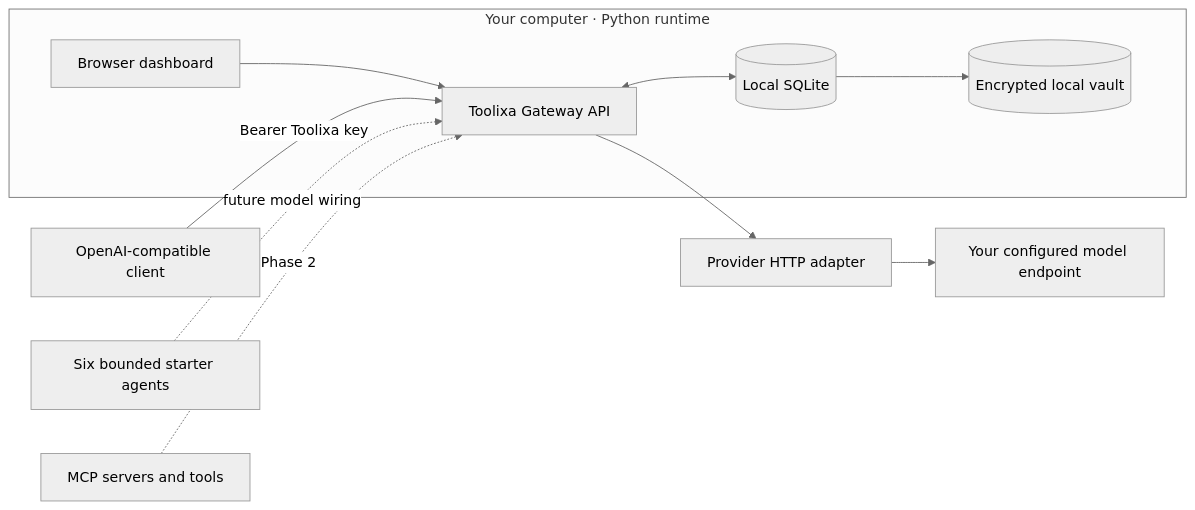
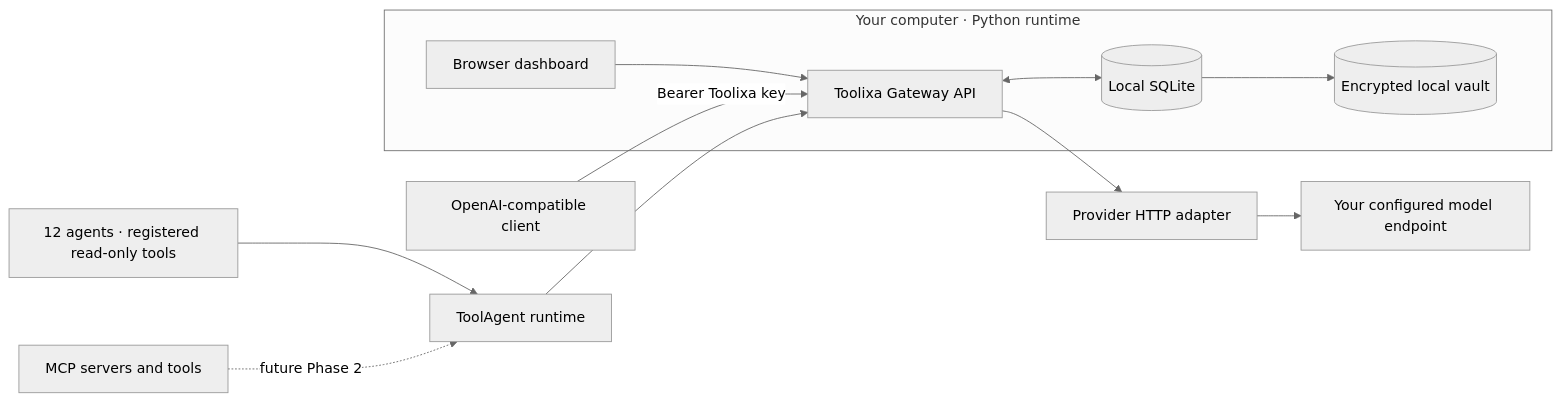
The diagram in README.md (tasnimamin38/toolixa-agents), drawn with Mermaid (neutral theme) before and after one commit. The commit also changed other lines of this file and 58 other files, not shown here.

Commit message:
feat: add bounded advanced agent runtime and six specialists

````diff
--- a/README.md
+++ b/README.md
@@ -110,19 +122,20 @@
 ```mermaid
 flowchart LR
     subgraph LOCAL["Your computer · Python runtime"]
       UI["Browser dashboard"]
       API["Toolixa Gateway API"]
       VAULT[("Encrypted local vault")]
       DB[("Local SQLite")]
       UI --> API
       API <--> DB
       DB --> VAULT
     end
 
     CLIENT["OpenAI-compatible client"] -->|"Bearer Toolixa key"| API
     API --> ROUTER["Provider HTTP adapter"]
     ROUTER --> MODEL["Your configured model endpoint"]
 
-    AGENT["Six bounded starter agents"] -. "future model wiring" .-> API
-    MCP["MCP servers and tools"] -. "Phase 2" .-> API
+    RUNTIME["ToolAgent runtime"] --> API
+    TOOLS["12 agents · registered read-only tools"] --> RUNTIME
+    MCP["MCP servers and tools"] -. "future Phase 2" .-> RUNTIME
 ```
````
